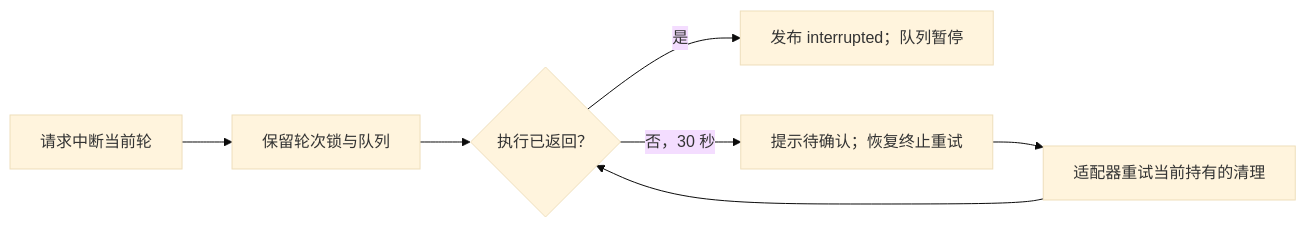
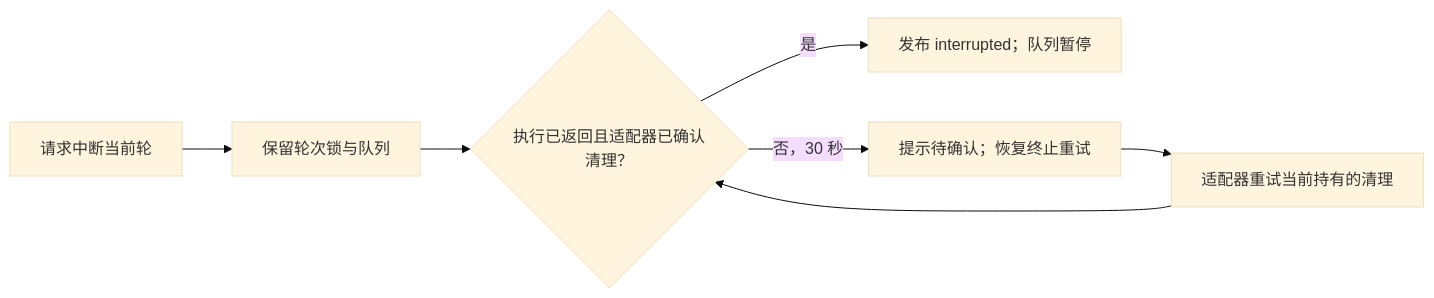
One commit to exception-coder/kai-toolbox changed the eighth of 23 diagrams in docs/ai-coding-architecture.md. Above: the diagram before and after it, drawn with Mermaid (base theme). The commit also changed other lines of this file and 9 other files, not shown here.

````diff
--- a/docs/ai-coding-architecture.md
+++ b/docs/ai-coding-architecture.md
@@ -342,9 +344,9 @@
 ```mermaid
 flowchart LR
     STOP["请求中断当前轮"] --> WAIT["保留轮次锁与队列"]
-    WAIT --> EXIT{"执行已返回？"}
+    WAIT --> EXIT{"执行已返回且适配器已确认清理？"}
     EXIT -->|是| RESULT["发布 interrupted；队列暂停"]
     EXIT -->|否，30 秒| RETRY["提示待确认；恢复终止重试"]
     RETRY --> OWN["适配器重试当前持有的清理"]
     OWN --> EXIT
 ```
````
